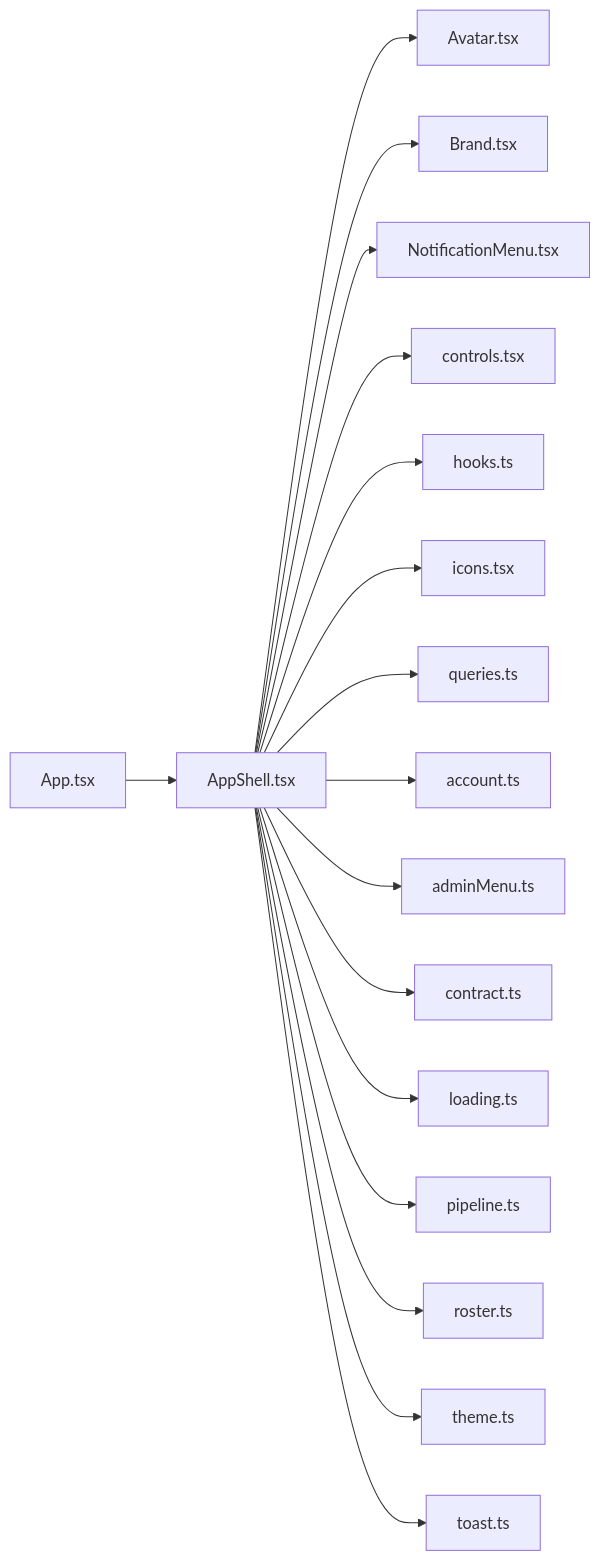
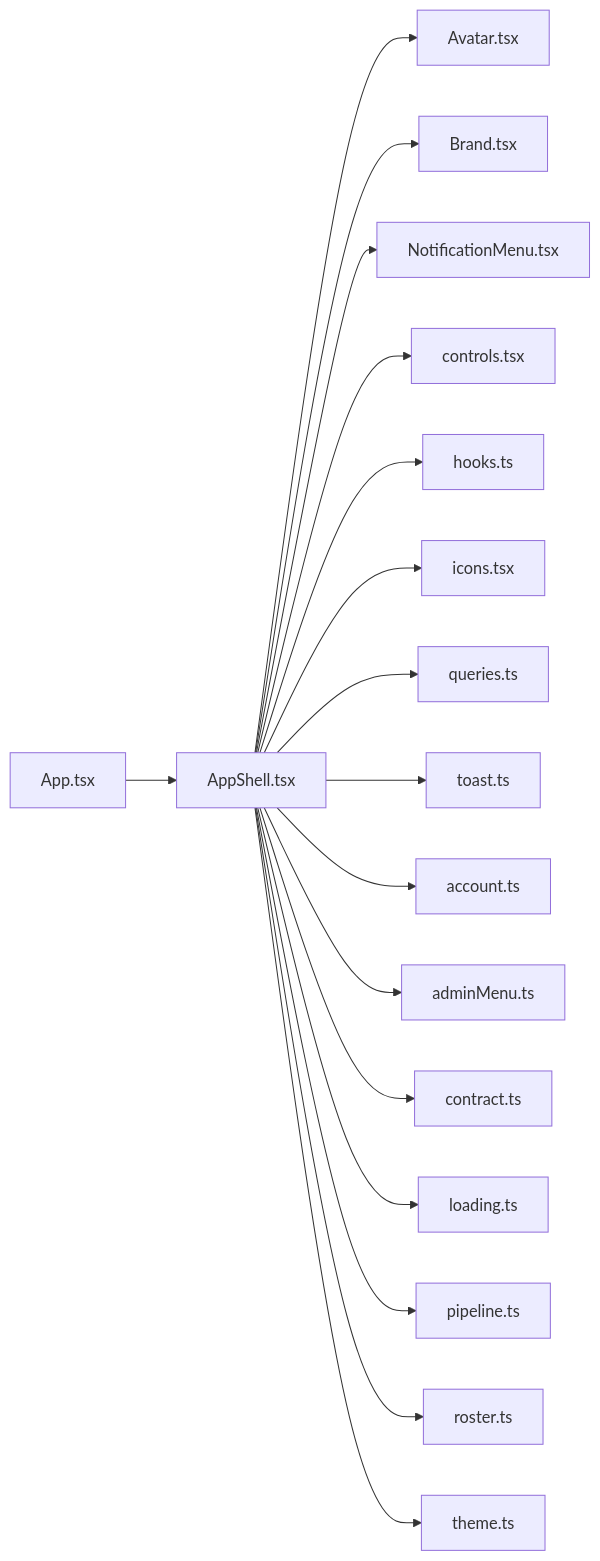
The diagram in .cluedoc/graph/frontend/src/components/AppShell.md (minkong-dev/Banblit), drawn with Mermaid before and after one commit. The commit also changed other lines of this file and 47 other files, not shown here.

Commit message:
frontend: move toast into components

````diff
--- a/.cluedoc/graph/frontend/src/components/AppShell.md
+++ b/.cluedoc/graph/frontend/src/components/AppShell.md
@@ -10,20 +10,20 @@
 ```mermaid
 flowchart LR
   frontend_src_components_AppShell["AppShell.tsx"]
   frontend_src_components_AppShell --> frontend_src_components_Avatar["Avatar.tsx"]
   frontend_src_components_AppShell --> frontend_src_components_Brand["Brand.tsx"]
   frontend_src_components_AppShell --> frontend_src_components_NotificationMenu["NotificationMenu.tsx"]
   frontend_src_components_AppShell --> frontend_src_components_controls["controls.tsx"]
   frontend_src_components_AppShell --> frontend_src_components_hooks["hooks.ts"]
   frontend_src_components_AppShell --> frontend_src_components_icons["icons.tsx"]
   frontend_src_components_AppShell --> frontend_src_components_queries["queries.ts"]
+  frontend_src_components_AppShell --> frontend_src_components_toast["toast.ts"]
   frontend_src_components_AppShell --> frontend_src_lib_account["account.ts"]
   frontend_src_components_AppShell --> frontend_src_lib_adminMenu["adminMenu.ts"]
   frontend_src_components_AppShell --> frontend_src_lib_contract["contract.ts"]
   frontend_src_components_AppShell --> frontend_src_lib_loading["loading.ts"]
   frontend_src_components_AppShell --> frontend_src_lib_pipeline["pipeline.ts"]
   frontend_src_components_AppShell --> frontend_src_lib_roster["roster.ts"]
   frontend_src_components_AppShell --> frontend_src_lib_theme["theme.ts"]
-  frontend_src_components_AppShell --> frontend_src_lib_toast["toast.ts"]
   frontend_src_App["App.tsx"] --> frontend_src_components_AppShell
 ```
````
